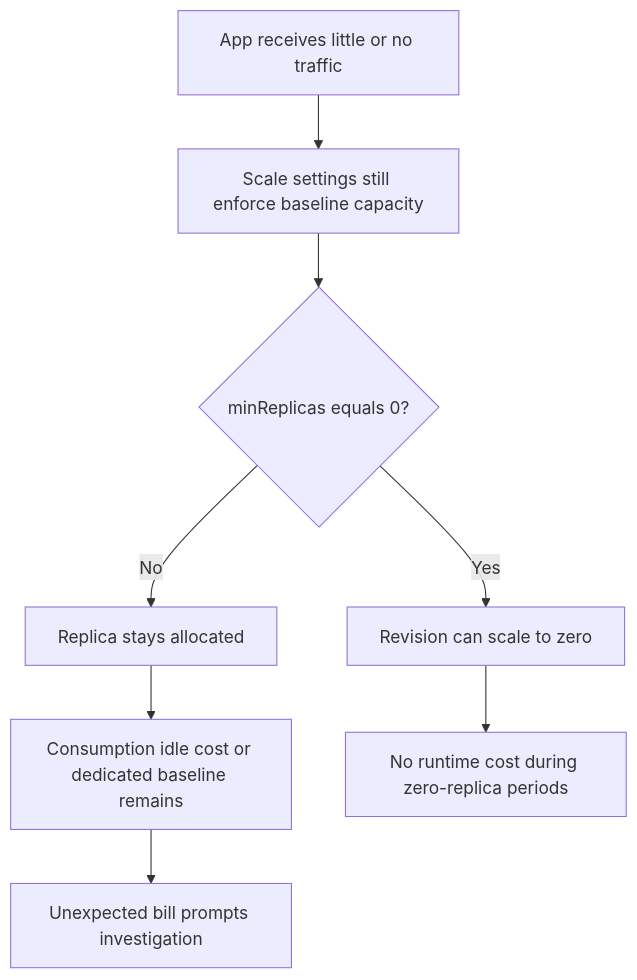
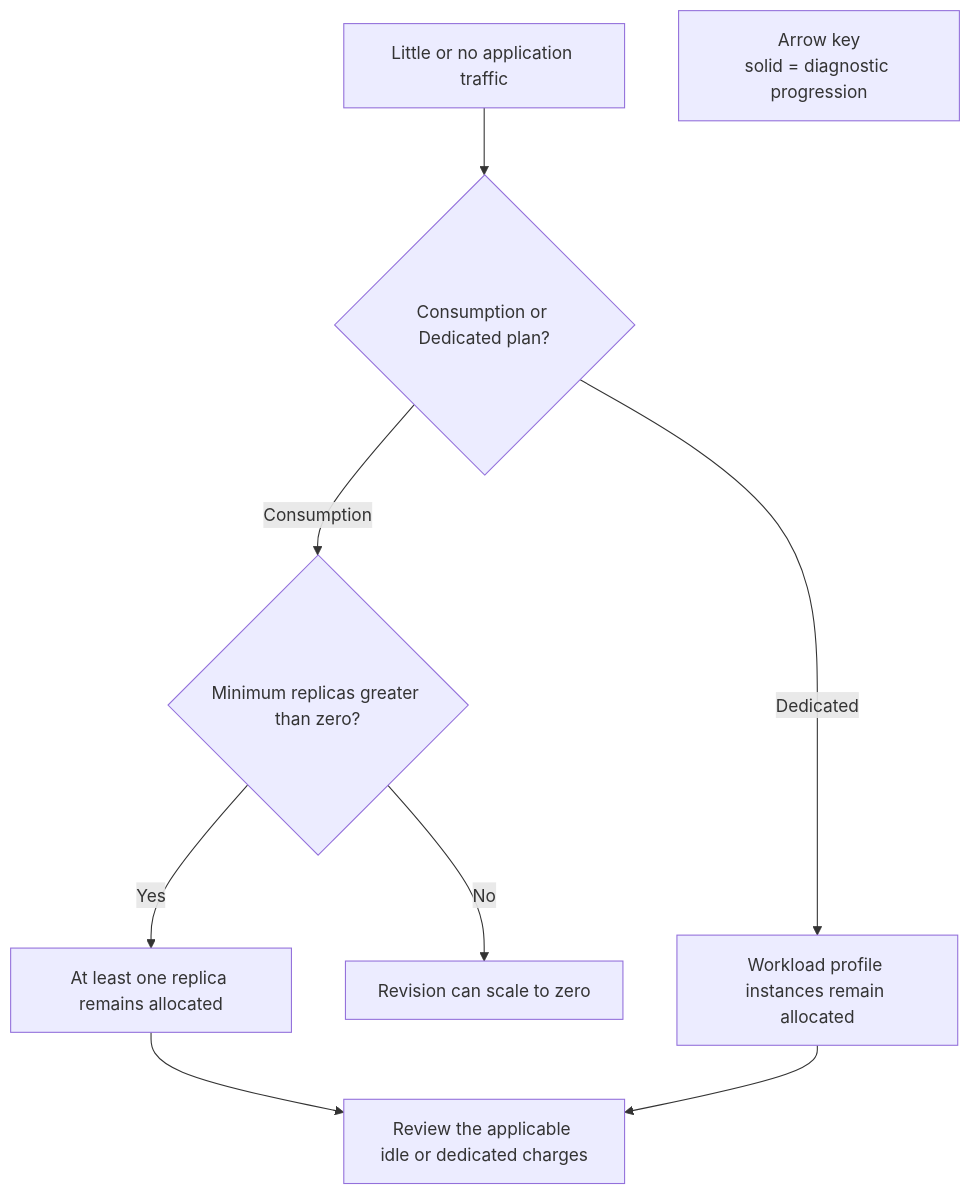
Before and after one commit to yeongseon/azure-container-apps-practical-guide: the diagram in docs/troubleshooting/playbooks/cost-and-quota/min-replicas-cost-surprise.md, drawn with Mermaid. The commit also changed other lines of this file and 23 other files, not shown here.

First line of the commit message:
docs(diagrams): migrate troubleshooting playbook diagrams (#626)

````diff
--- a/docs/troubleshooting/playbooks/cost-and-quota/min-replicas-cost-surprise.md
+++ b/docs/troubleshooting/playbooks/cost-and-quota/min-replicas-cost-surprise.md
@@ -36,10 +36,23 @@
 ```mermaid
 flowchart TD
-    A[App receives little or no traffic] --> B[Scale settings still enforce baseline capacity]
-    B --> C{minReplicas equals 0?}
-    C -->|Yes| D[Revision can scale to zero]
-    C -->|No| E[Replica stays allocated]
-    E --> F[Consumption idle cost or dedicated baseline remains]
-    D --> G[No runtime cost during zero-replica periods]
-    F --> H[Unexpected bill prompts investigation]
+    accTitle: Diagnose baseline cost during quiet periods
+    accDescr: Decide whether revision minimum replicas or dedicated workload profile instances explain continuing Container Apps charges during low traffic.
+
+    QUIET[Little or no application traffic]
+    PLAN{Consumption or Dedicated plan?}
+    MIN{Minimum replicas greater than zero?}
+    IDLE[At least one replica remains allocated]
+    ZERO[Revision can scale to zero]
+    PROFILE[Workload profile instances remain allocated]
+    COST[Review the applicable idle or dedicated charges]
+
+    QUIET --> PLAN
+    PLAN -->|Consumption| MIN
+    PLAN -->|Dedicated| PROFILE
+    MIN -->|Yes| IDLE
+    MIN -->|No| ZERO
+    IDLE --> COST
+    PROFILE --> COST
+
+    LEGEND["Arrow key<br/>solid = diagnostic progression"]
 ```
````
